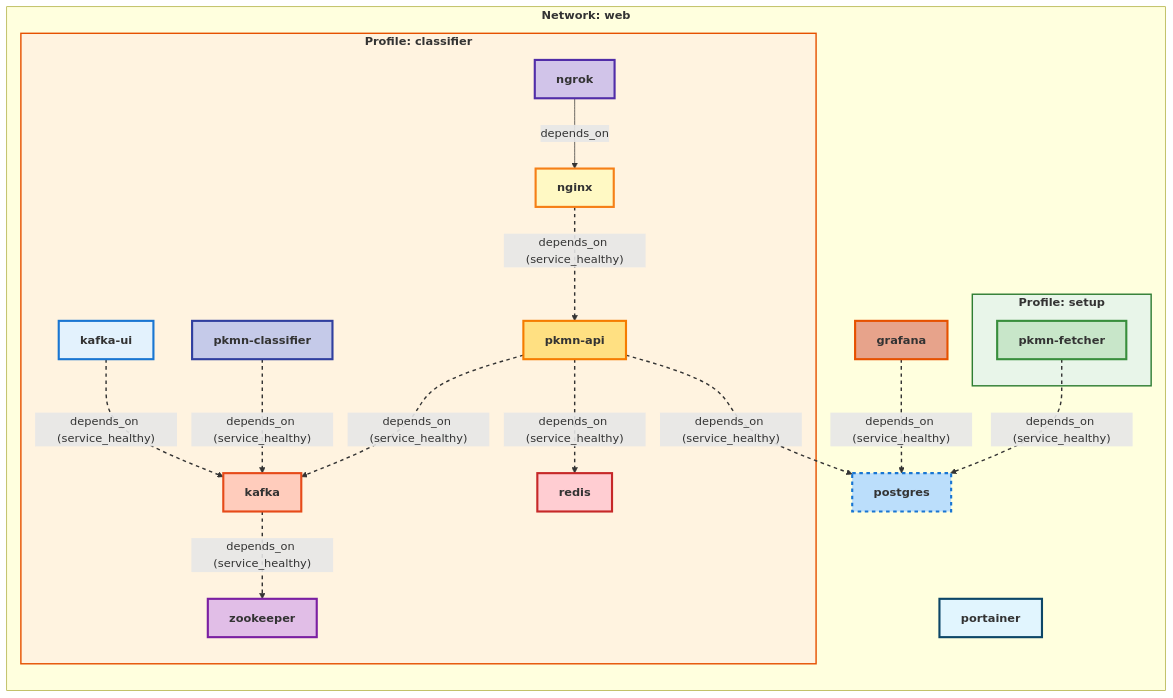
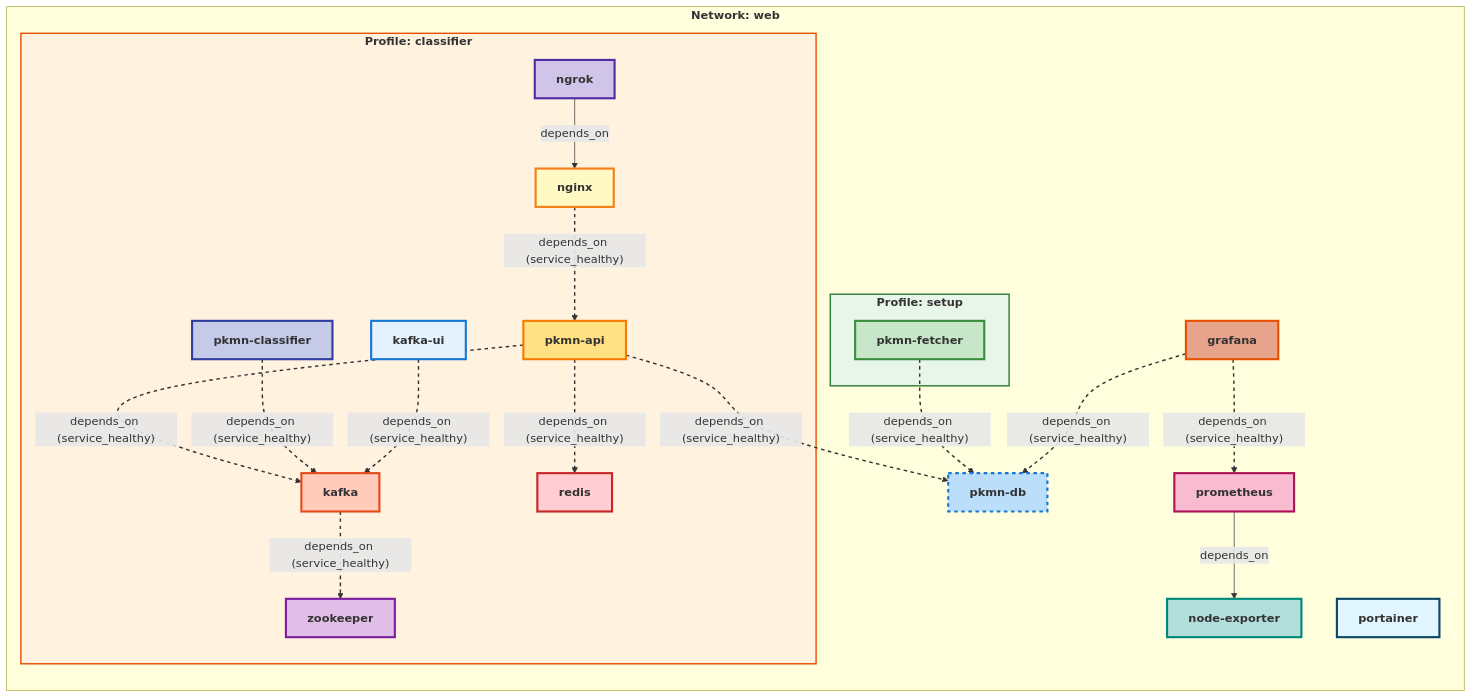
Before and after one commit to mbofos01/pokedex: the diagram in README.md, drawn with Mermaid. The commit also changed other lines of this file and 4 other files, not shown here.

Commit message:
Added prometheus x node_exporter coverage

````diff
--- a/README.md
+++ b/README.md
@@ -10,60 +10,69 @@
 ```mermaid
 %%{init: {"theme": "default", "themeVariables": {"background":"#ffffff"}}}%%
-  graph BT
-    subgraph Network_web[<b>Network: web</b>]
-      subgraph Profile_setup[<b>Profile: setup</b>]
-        pkmn-fetcher["<b>pkmn-fetcher</b>"]
-      end
-    style Profile_setup fill:#E8F5E9,stroke:#2E7D32,stroke-width:2
-      subgraph Profile_classifier[<b>Profile: classifier</b>]
-        zookeeper["<b>zookeeper</b>"]
-        kafka["<b>kafka</b>"]
-        redis["<b>redis</b>"]
-        pkmn-api["<b>pkmn-api</b>"]
-        pkmn-classifier["<b>pkmn-classifier</b>"]
-        kafka-ui["<b>kafka-ui</b>"]
-        nginx["<b>nginx</b>"]
-        ngrok["<b>ngrok</b>"]
-      end
-    style Profile_classifier fill:#FFF3E0,stroke:#E65100,stroke-width:2
-      postgres["<b>postgres</b>"]
-      portainer["<b>portainer</b>"]
-      grafana["<b>grafana</b>"]
+graph BT
+  subgraph Network_web[<b>Network: web</b>]
+    subgraph Profile_setup[<b>Profile: setup</b>]
+      pkmn-fetcher["<b>pkmn-fetcher</b>"]
     end
-    postgres["<b>postgres</b>"]
+  style Profile_setup fill:#E8F5E9,stroke:#2E7D32,stroke-width:2
+    subgraph Profile_classifier[<b>Profile: classifier</b>]
+      zookeeper["<b>zookeeper</b>"]
+      kafka["<b>kafka</b>"]
+      redis["<b>redis</b>"]
+      pkmn-api["<b>pkmn-api</b>"]
+      pkmn-classifier["<b>pkmn-classifier</b>"]
+      kafka-ui["<b>kafka-ui</b>"]
+      nginx["<b>nginx</b>"]
+      ngrok["<b>ngrok</b>"]
+    end
+  style Profile_classifier fill:#FFF3E0,stroke:#E65100,stroke-width:2
+    pkmn-db["<b>pkmn-db</b>"]
     portainer["<b>portainer</b>"]
     grafana["<b>grafana</b>"]
-    pkmn-fetcher -- depends_on (service_healthy) --> postgres
-    linkStyle 0 stroke-width:2,stroke-dasharray:5 5
-    kafka -- depends_on (service_healthy) --> zookeeper
-    linkStyle 1 stroke-width:2,stroke-dasharray:5 5
-    pkmn-api -- depends_on (service_healthy) --> postgres
-    linkStyle 2 stroke-width:2,stroke-dasharray:5 5
-    pkmn-api -- depends_on (service_healthy) --> kafka
-    linkStyle 3 stroke-width:2,stroke-dasharray:5 5
-    pkmn-api -- depends_on (service_healthy) --> redis
-    linkStyle 4 stroke-width:2,stroke-dasharray:5 5
-    pkmn-classifier -- depends_on (service_healthy) --> kafka
-    linkStyle 5 stroke-width:2,stroke-dasharray:5 5
-    kafka-ui -- depends_on (service_healthy) --> kafka
-    linkStyle 6 stroke-width:2,stroke-dasharray:5 5
-    nginx -- depends_on (service_healthy) --> pkmn-api
-    linkStyle 7 stroke-width:2,stroke-dasharray:5 5
-    ngrok -- depends_on --> nginx
-    grafana -- depends_on (service_healthy) --> postgres
-    linkStyle 9 stroke-width:2,stroke-dasharray:5 5
-    style postgres fill:#BBDEFB,stroke:#1976D2,stroke-width:3,stroke-dasharray:5 5
-    style pkmn-fetcher fill:#C8E6C9,stroke:#388E3C,stroke-width:3
-    style zookeeper fill:#E1BEE7,stroke:#7B1FA2,stroke-width:3
-    style kafka fill:#FFCCBC,stroke:#E64A19,stroke-width:3
-    style redis fill:#FFCDD2,stroke:#C62828,stroke-width:3
-    style pkmn-api fill:#FFE082,stroke:#F57C00,stroke-width:3
-    style pkmn-classifier fill:#C5CAE9,stroke:#303F9F,stroke-width:3
-    style kafka-ui fill:#E3F2FD,stroke:#1976D2,stroke-width:3
-    style nginx fill:#FFF9C4,stroke:#F57F17,stroke-width:3
-    style ngrok fill:#D1C4E9,stroke:#512DA8,stroke-width:3
-    style portainer fill:#E1F5FE,stroke:#0c4667ff,stroke-width:3
-    style grafana fill:#cc382b76,stroke:#E65100,stroke-width:3
+    node-exporter["<b>node-exporter</b>"]
+    prometheus["<b>prometheus</b>"]
+  end
+  pkmn-db["<b>pkmn-db</b>"]
+  portainer["<b>portainer</b>"]
+  grafana["<b>grafana</b>"]
+  node-exporter["<b>node-exporter</b>"]
+  prometheus["<b>prometheus</b>"]
+  pkmn-fetcher -- depends_on (service_healthy) --> pkmn-db
+  linkStyle 0 stroke-width:2,stroke-dasharray:5 5
+  kafka -- depends_on (service_healthy) --> zookeeper
+  linkStyle 1 stroke-width:2,stroke-dasharray:5 5
+  pkmn-api -- depends_on (service_healthy) --> pkmn-db
+  linkStyle 2 stroke-width:2,stroke-dasharray:5 5
+  pkmn-api -- depends_on (service_healthy) --> kafka
+  linkStyle 3 stroke-width:2,stroke-dasharray:5 5
+  pkmn-api -- depends_on (service_healthy) --> redis
+  linkStyle 4 stroke-width:2,stroke-dasharray:5 5
+  pkmn-classifier -- depends_on (service_healthy) --> kafka
+  linkStyle 5 stroke-width:2,stroke-dasharray:5 5
+  kafka-ui -- depends_on (service_healthy) --> kafka
+  linkStyle 6 stroke-width:2,stroke-dasharray:5 5
+  nginx -- depends_on (service_healthy) --> pkmn-api
+  linkStyle 7 stroke-width:2,stroke-dasharray:5 5
+  ngrok -- depends_on --> nginx
+  grafana -- depends_on (service_healthy) --> pkmn-db
+  linkStyle 9 stroke-width:2,stroke-dasharray:5 5
+  grafana -- depends_on (service_healthy) --> prometheus
+  linkStyle 10 stroke-width:2,stroke-dasharray:5 5
+  prometheus -- depends_on --> node-exporter
+  style pkmn-db fill:#BBDEFB,stroke:#1976D2,stroke-width:3,stroke-dasharray:5 5
+  style pkmn-fetcher fill:#C8E6C9,stroke:#388E3C,stroke-width:3
+  style zookeeper fill:#E1BEE7,stroke:#7B1FA2,stroke-width:3
+  style kafka fill:#FFCCBC,stroke:#E64A19,stroke-width:3
+  style redis fill:#FFCDD2,stroke:#C62828,stroke-width:3
+  style pkmn-api fill:#FFE082,stroke:#F57C00,stroke-width:3
+  style pkmn-classifier fill:#C5CAE9,stroke:#303F9F,stroke-width:3
+  style kafka-ui fill:#E3F2FD,stroke:#1976D2,stroke-width:3
+  style nginx fill:#FFF9C4,stroke:#F57F17,stroke-width:3
+  style ngrok fill:#D1C4E9,stroke:#512DA8,stroke-width:3
+  style portainer fill:#E1F5FE,stroke:#0c4667ff,stroke-width:3
+  style grafana fill:#cc382b76,stroke:#E65100,stroke-width:3
+  style node-exporter fill:#B2DFDB,stroke:#00897B,stroke-width:3
+  style prometheus fill:#F8BBD0,stroke:#AD1457,stroke-width:3
 
 
 ```
````
